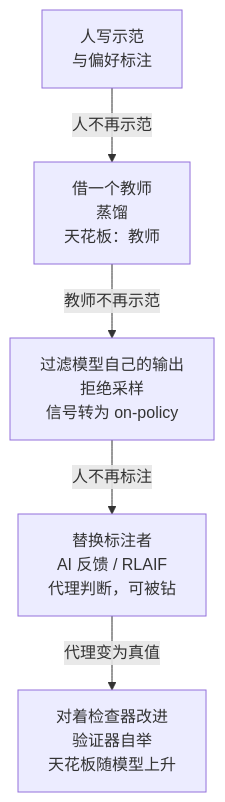
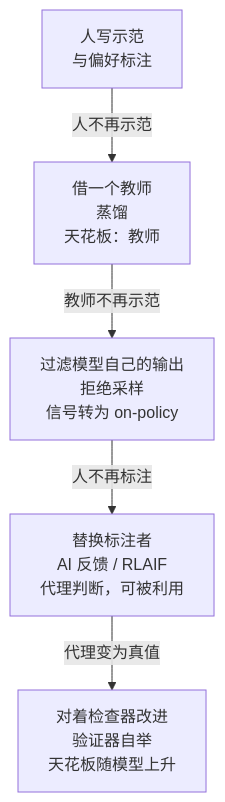
Before and after one commit to latere-ai/ai-as-an-infrastructure: the second of 3 diagrams in zh/adaptation/04-synthetic-data-self-improvement.qmd, drawn with Mermaid. The commit also changed other lines of this file and 94 other files, not shown here.

````diff
--- a/zh/adaptation/04-synthetic-data-self-improvement.qmd
+++ b/zh/adaptation/04-synthetic-data-self-improvement.qmd
@@ -65,14 +65,14 @@
 ```{mermaid}
 %%| label: fig-synthetic-data-lineage
-%%| fig-cap: "从人工标注者撤退。每一步都用一个更廉价的判断来源替换某一角色上的人，下一轮数据的来源也随之移动。"
+%%| fig-cap: "从人工标注者撤退。每一步都用一个成本更低的判断来源替换某一角色上的人，下一轮数据的来源也随之移动。"
 flowchart TB
   H["人写示范<br/>与偏好标注"]
   T["借一个教师<br/>蒸馏<br/>天花板：教师"]
   R["过滤模型自己的输出<br/>拒绝采样<br/>信号转为 on-policy"]
-  A["替换标注者<br/>AI 反馈 / RLAIF<br/>代理判断，可被钻"]
+  A["替换标注者<br/>AI 反馈 / RLAIF<br/>代理判断，可被利用"]
   V["对着检查器改进<br/>验证器自举<br/>天花板随模型上升"]
   H -->|"人不再示范"| T
   T -->|"教师不再示范"| R
   R -->|"人不再标注"| A
   A -->|"代理变为真值"| V
 ```
````
